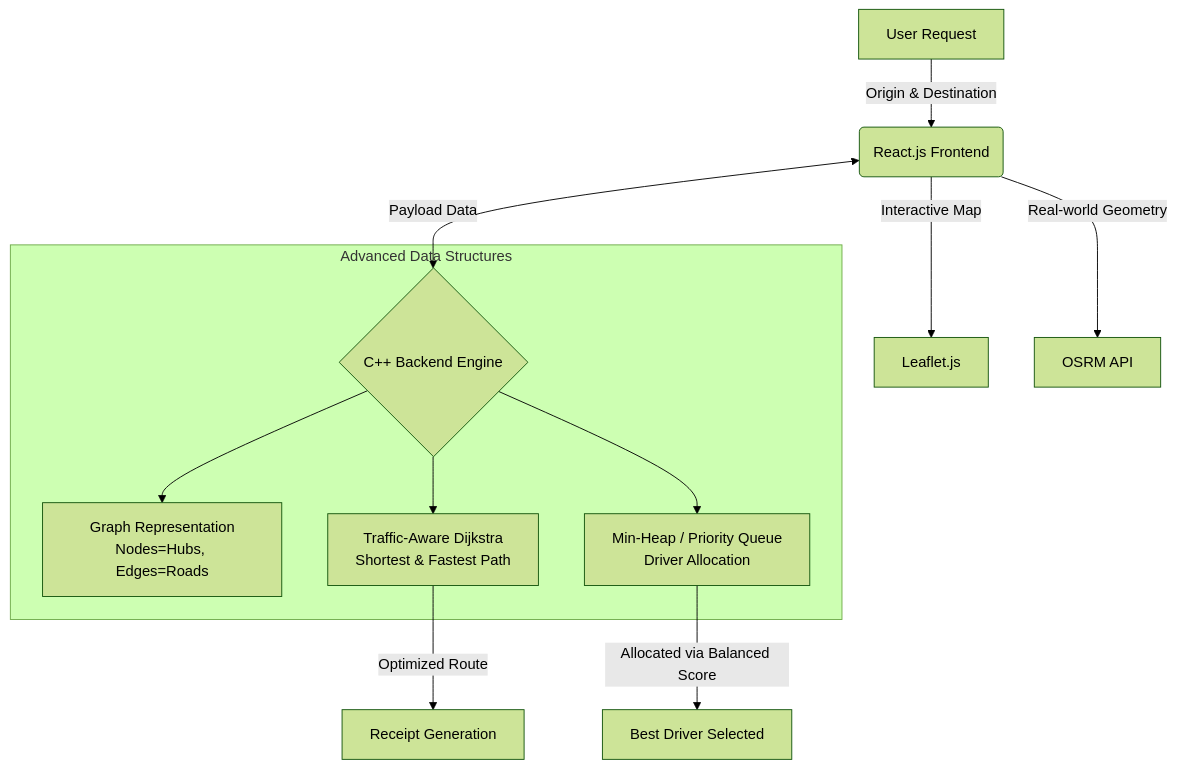
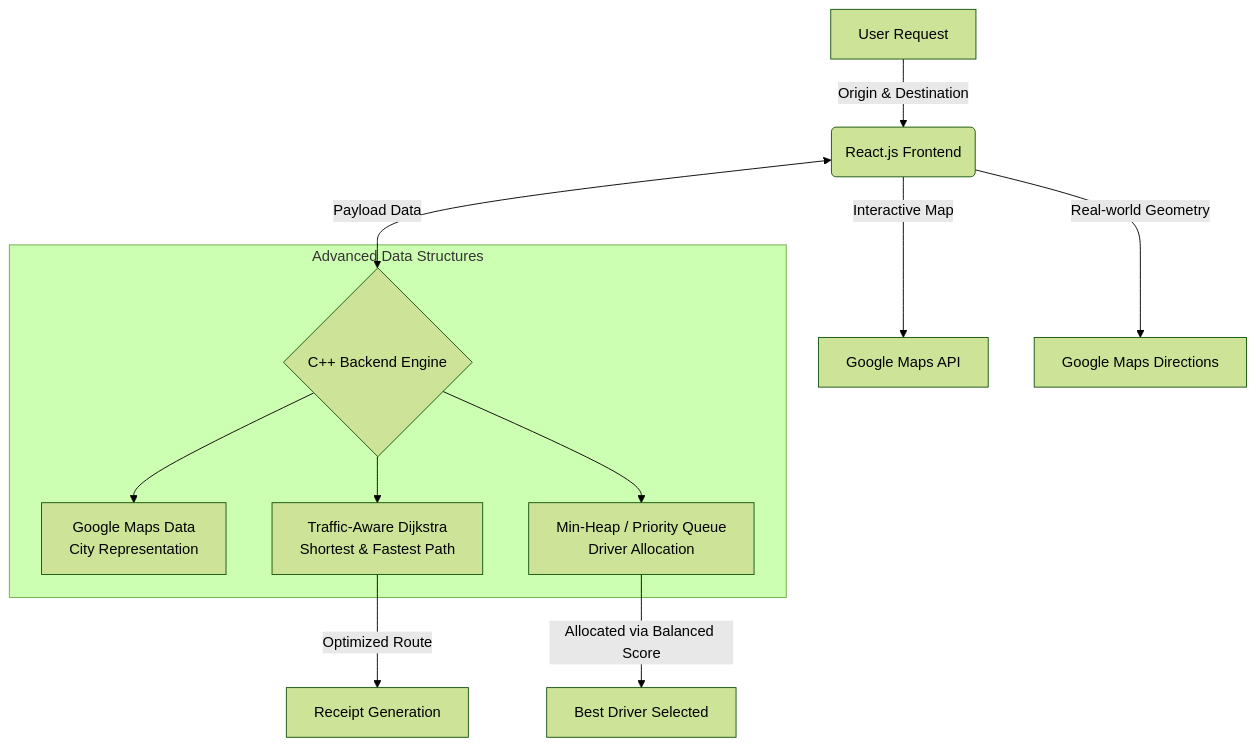
Before and after one commit to Dakshified/adsa-project: the diagram in README.md, drawn with Mermaid (forest theme). The commit also changed other lines of this file, not shown here.

Commit message:
docs: Update README with comprehensive project details and Google Maps API

````diff
--- a/README.md
+++ b/README.md
@@ -23,16 +23,16 @@
 ```mermaid
 graph TD
     A[User Request] -->|Origin & Destination| B(React.js Frontend)
-    B -->|Interactive Map| C[Leaflet.js]
-    B -->|Real-world Geometry| D[OSRM API]
+    B -->|Interactive Map| C[Google Maps API]
+    B -->|Real-world Geometry| D[Google Maps Directions]
     B <-->|Payload Data| E{C++ Backend Engine}
     
     subgraph Advanced Data Structures
-    E --> F[Graph Representation<br/>Nodes=Hubs, Edges=Roads]
+    E --> F[Google Maps Data<br/>City Representation]
     E --> G[Traffic-Aware Dijkstra<br/>Shortest & Fastest Path]
     E --> H[Min-Heap / Priority Queue<br/>Driver Allocation]
     end
     
     H -->|Allocated via Balanced Score| I[Best Driver Selected]
     G -->|Optimized Route| J[Receipt Generation]
 ```
````
